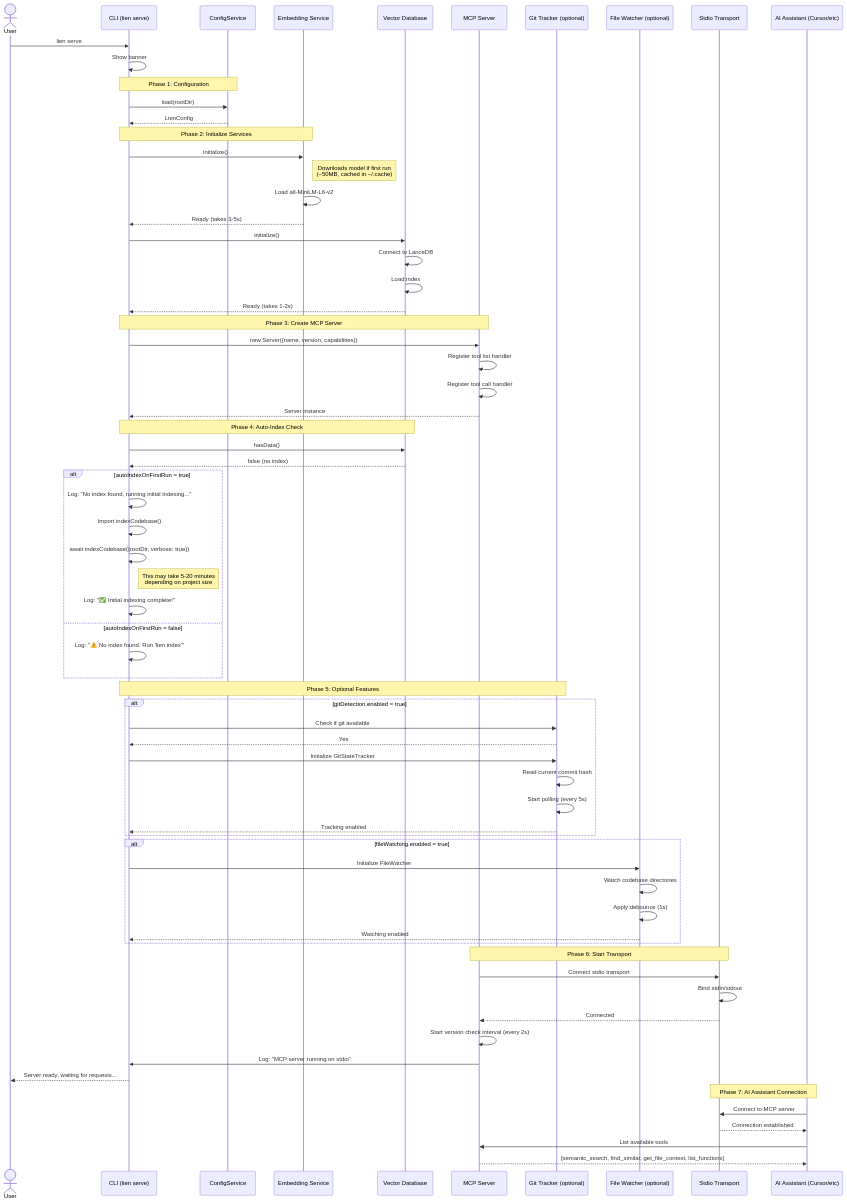
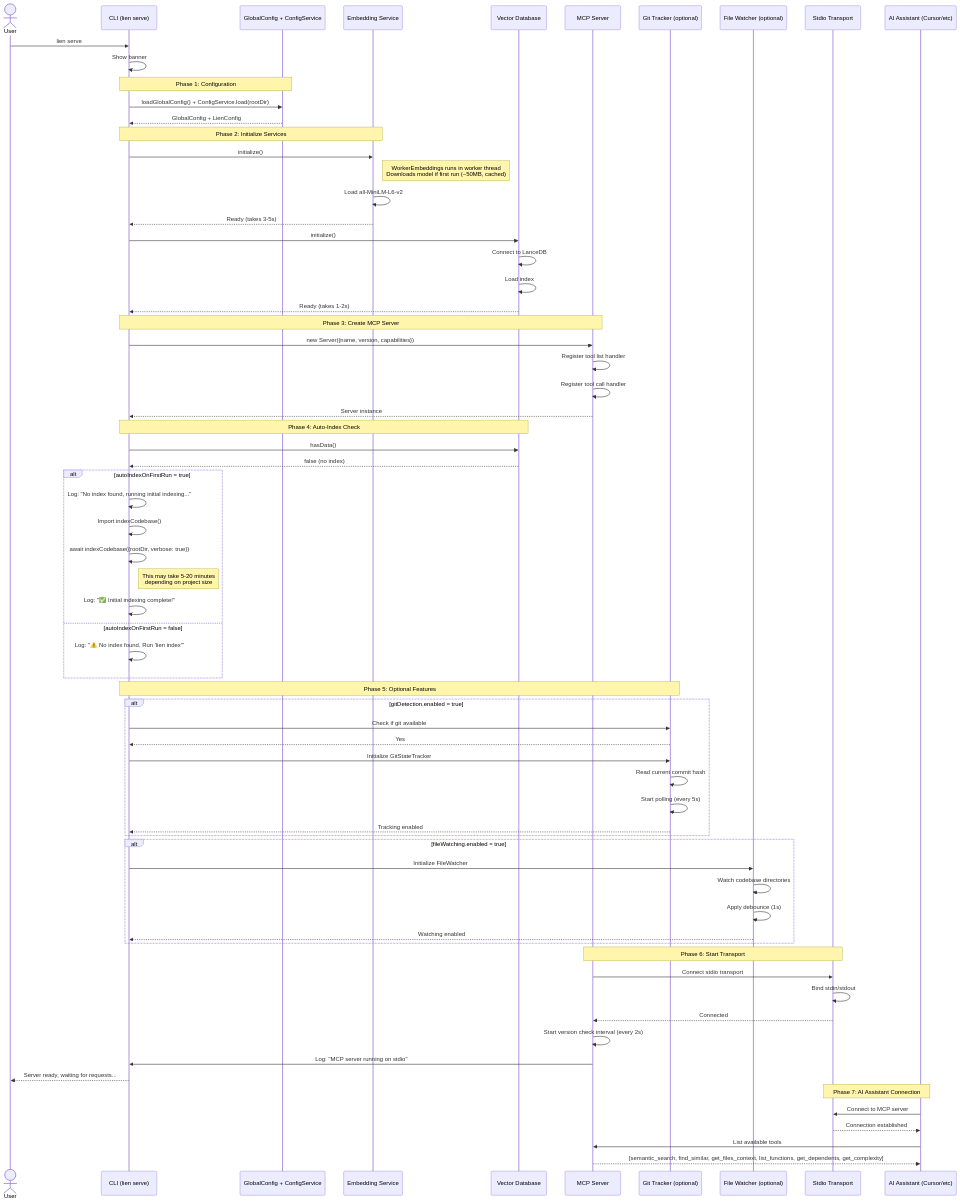
Before and after one commit to getlien/lien: the first of 6 diagrams in docs/architecture/mcp-server-flow.md, drawn with Mermaid. The commit also changed other lines of this file and 7 other files, not shown here.

First line of the commit message:
docs: update architecture and site docs to match current codebase

````diff
--- a/docs/architecture/mcp-server-flow.md
+++ b/docs/architecture/mcp-server-flow.md
@@ -8,7 +8,7 @@
 sequenceDiagram
     actor User
     participant CLI as CLI (lien serve)
-    participant Config as ConfigService
+    participant Config as GlobalConfig + ConfigService
     participant Embeddings as Embedding Service
     participant VectorDB as Vector Database
     participant MCP as MCP Server
@@ -21,12 +21,12 @@
     CLI->>CLI: Show banner
     
     Note over CLI,Config: Phase 1: Configuration
-    CLI->>Config: load(rootDir)
-    Config-->>CLI: LienConfig
+    CLI->>Config: loadGlobalConfig() + ConfigService.load(rootDir)
+    Config-->>CLI: GlobalConfig + LienConfig
     
     Note over CLI,Embeddings: Phase 2: Initialize Services
     CLI->>Embeddings: initialize()
-    Note right of Embeddings: Downloads model if first run<br/>(~50MB, cached in ~/.cache)
+    Note right of Embeddings: WorkerEmbeddings runs in worker thread<br/>Downloads model if first run (~50MB, cached)
     Embeddings->>Embeddings: Load all-MiniLM-L6-v2
     Embeddings-->>CLI: Ready (takes 3-5s)
     
@@ -86,5 +86,5 @@
     AI->>Stdio: Connect to MCP server
     Stdio-->>AI: Connection established
     AI->>MCP: List available tools
-    MCP-->>AI: [semantic_search, find_similar, get_file_context, list_functions]
+    MCP-->>AI: [semantic_search, find_similar, get_files_context, list_functions, get_dependents, get_complexity]
 ```
````
